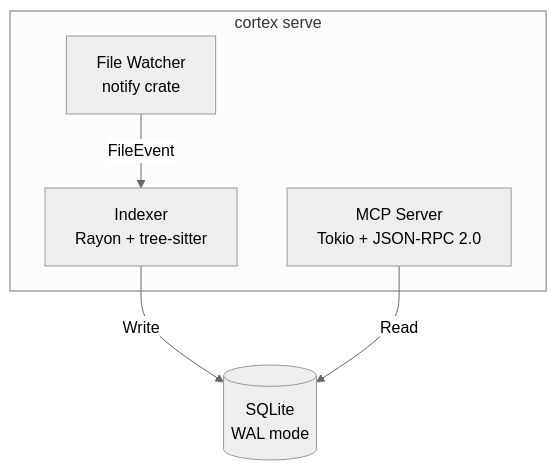
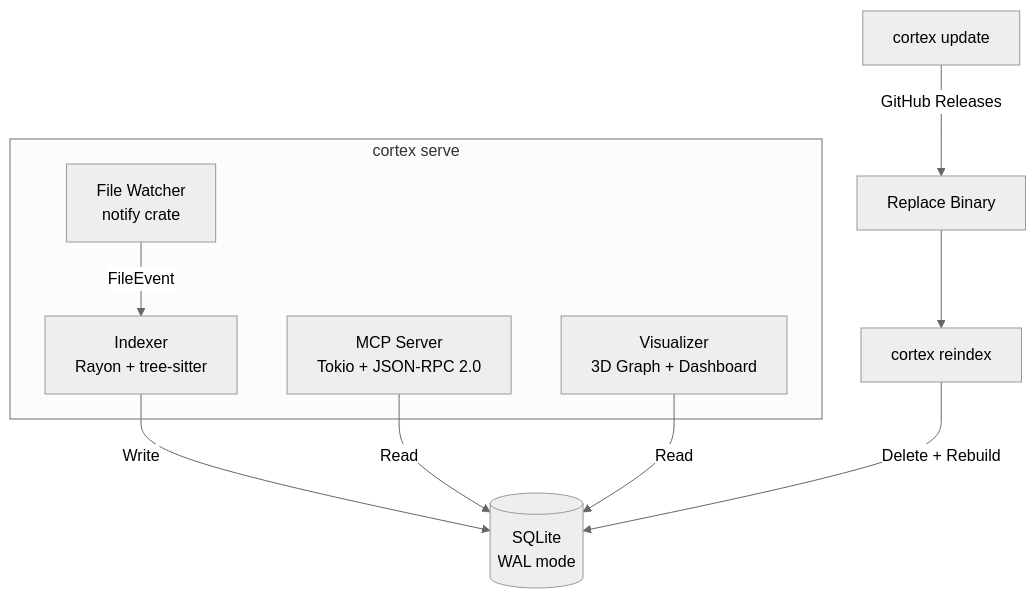
One commit to 1337Xcode/cortex changed the first of 6 diagrams in docs/architecture.md. Above: the diagram before and after it, drawn with Mermaid (neutral theme). The commit also changed 27 other files, not shown here.

Commit message:
feat: v1.0.4 - uninstall command, stale binary cleanup, viz UI overhaul, embedded migrations

````diff
--- a/docs/architecture.md
+++ b/docs/architecture.md
@@ -15,14 +15,20 @@
 ```mermaid
 graph TD
     subgraph "cortex serve"
         Indexer[Indexer<br/>Rayon + tree-sitter]
         Watcher[File Watcher<br/>notify crate]
         MCP[MCP Server<br/>Tokio + JSON-RPC 2.0]
+        Viz[Visualizer<br/>3D Graph + Dashboard]
     end
 
     DB[(SQLite<br/>WAL mode)]
 
     Watcher -->|FileEvent| Indexer
     Indexer -->|Write| DB
     MCP -->|Read| DB
+    Viz -->|Read| DB
+
+    Update[cortex update] -->|GitHub Releases| Replace[Replace Binary]
+    Replace --> Reindex[cortex reindex]
+    Reindex -->|Delete + Rebuild| DB
 ```
````
